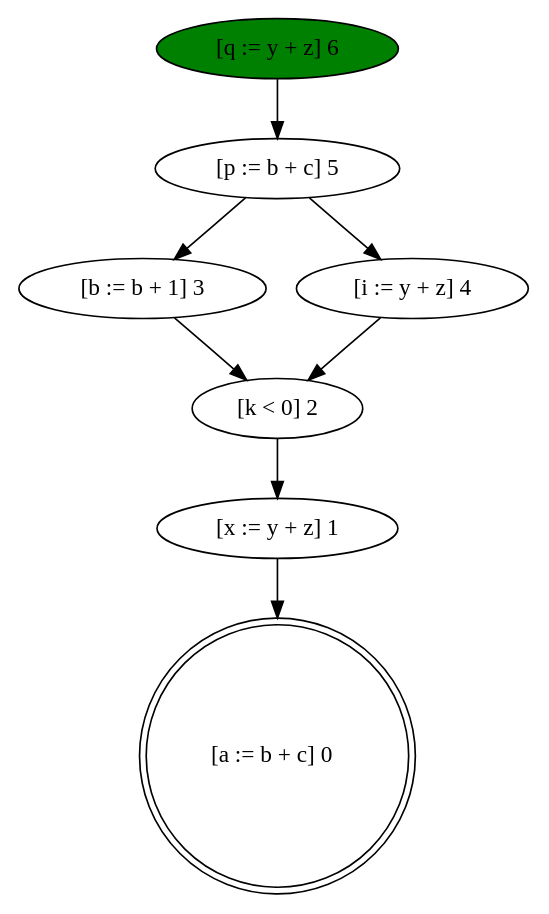
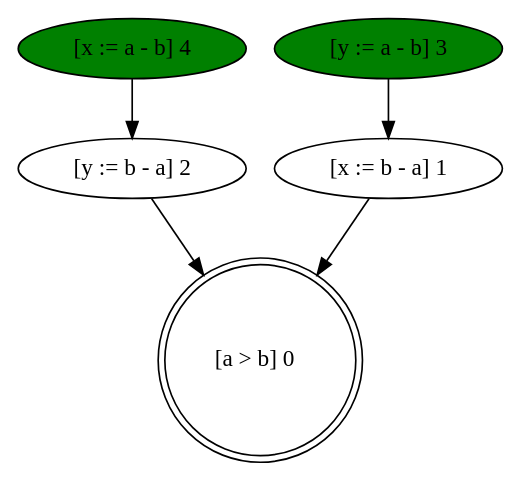
One commit to SamirToularhmine/Enoso changed the diagram in test.dot. Above: the diagram before and after it, drawn with Graphviz. The commit also changed 9 other files, not shown here.

```diff
--- a/test.dot
+++ b/test.dot
@@ -1,15 +1,16 @@
 digraph G {
 {
-6 [style = filled fillcolor = green, label ="[q := y + z] 6" ]
+4 [style = filled fillcolor = green, label ="[x := a - b] 4" ]
 }
-{6[label= "[q := y + z] 6"]} -> { 5 }
-{3[label= "[b := b + 1] 3"]} -> { 2 }
-{2[label= "[k < 0] 2"]} -> { 1 }
-{5[label= "[p := b + c] 5"]} -> { 3 4 }
-{4[label= "[i := y + z] 4"]} -> { 2 }
-{1[label= "[x := y + z] 1"]} -> { 0 }
+{4[label= "[x := a - b] 4"]} -> { 2 }
 {
-0 [shape = doublecircle, label="[a := b + c] 0  "]
+3 [style = filled fillcolor = green, label ="[y := a - b] 3" ]
+}
+{3[label= "[y := a - b] 3"]} -> { 1 }
+{1[label= "[x := b - a] 1"]} -> { 0 }
+{2[label= "[y := b - a] 2"]} -> { 0 }
+{
+0 [shape = doublecircle, label="[a > b] 0  "]
 }
 
 }
```
